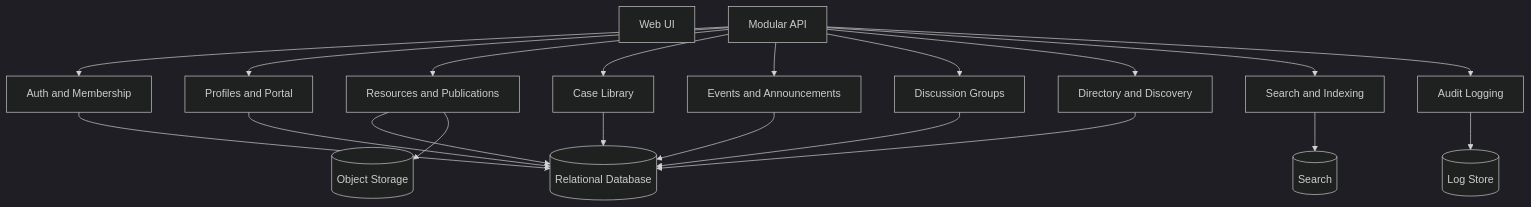
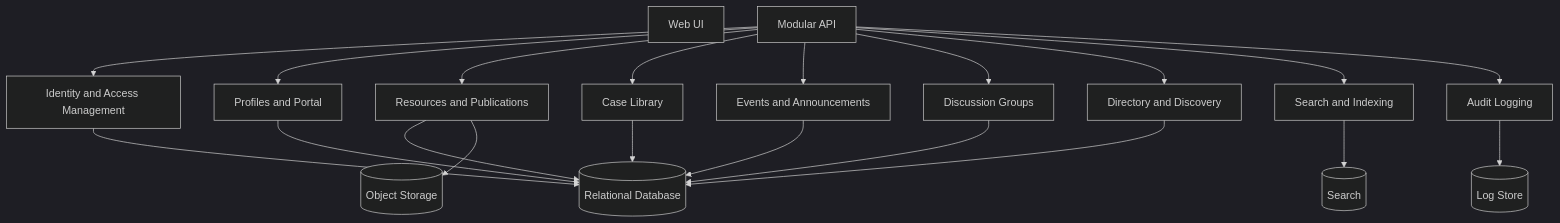
One commit to TuralHasanov11/Baytic changed the second of 6 diagrams in docs/baytic-architecture-plan.md. Above: the diagram before and after it, drawn with Mermaid (dark theme). The commit also changed other lines of this file and 49 other files, not shown here.

````diff
--- a/docs/baytic-architecture-plan.md
+++ b/docs/baytic-architecture-plan.md
@@ -77,26 +101,26 @@
 ```mermaid
 graph TB
   Web[Web UI]
   API[Modular API]
 
-  API --> AuthM[Auth and Membership]
+  API --> IdentityM[Identity and Access Management]
   API --> ProfileM[Profiles and Portal]
   API --> ContentM[Resources and Publications]
   API --> CaseM[Case Library]
   API --> EventM[Events and Announcements]
   API --> CommunityM[Discussion Groups]
   API --> DirectoryM[Directory and Discovery]
   API --> SearchM[Search and Indexing]
   API --> AuditM[Audit Logging]
 
-  AuthM --> DB[(Relational Database)]
+  IdentityM --> DB[(Relational Database)]
   ProfileM --> DB
   ContentM --> DB
   CaseM --> DB
   EventM --> DB
   CommunityM --> DB
   DirectoryM --> DB
   SearchM --> Search[(Search)]
   ContentM --> Storage[(Object Storage)]
   AuditM --> LogStore[(Log Store)]
 ```
````
